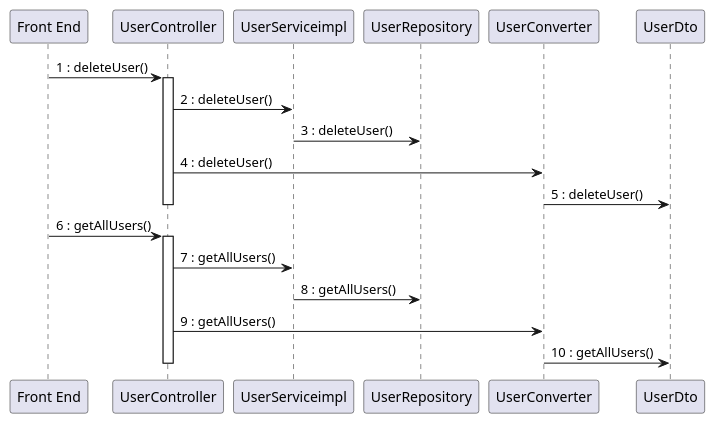
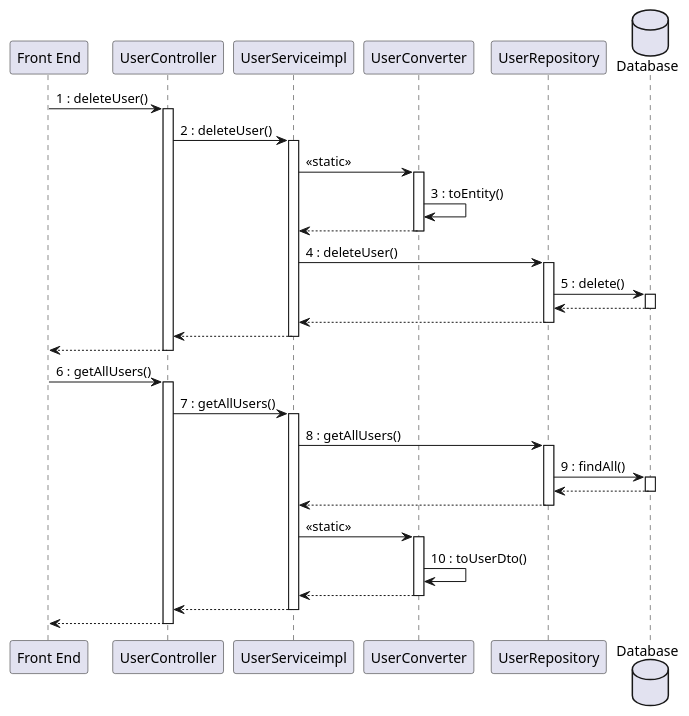
Before and after one commit to mosTavassoli/ezgas: the seventh of 15 diagrams in docs/DesignDocument.md, drawn with PlantUML. The commit also changed other lines of this file, not shown here.

Commit message:
docs(DesignDocument): edit sequence diagrams

````diff
--- a/docs/DesignDocument.md
+++ b/docs/DesignDocument.md
@@ -529,25 +555,36 @@
 ```plantuml
+database Database order 30
 "Front End" -> UserController:1 : deleteUser()
 activate UserController
-
 UserController -> UserServiceimpl:2 : deleteUser()
-
-UserServiceimpl -> UserRepository:3 : deleteUser()
-
-UserController -> UserConverter:4 : deleteUser()
-
-UserConverter -> UserDto:5 : deleteUser()
-deactivate UserController
+activate UserServiceimpl
+UserServiceimpl -> UserConverter:<<static>>
+activate UserConverter
+UserConverter -> UserConverter:3 : toEntity()
+return
+UserServiceimpl -> UserRepository:4 : deleteUser()
+activate UserRepository
+UserRepository -> Database:5 : delete()
+activate Database
+return
+return
+return
+return
 
 "Front End" -> UserController:6 : getAllUsers()
 activate UserController
-
 UserController -> UserServiceimpl:7 : getAllUsers()
-
+activate UserServiceimpl
 UserServiceimpl -> UserRepository:8 : getAllUsers()
-
-UserController -> UserConverter:9 : getAllUsers()
-
-UserConverter -> UserDto:10 : getAllUsers()
-deactivate UserController
+activate UserRepository
+UserRepository -> Database:9 : findAll()
+activate Database
+return
+return
+UserServiceimpl -> UserConverter:<<static>>
+activate UserConverter
+UserConverter -> UserConverter:10 : toUserDto()
+return
+return
+return
 ```
````
